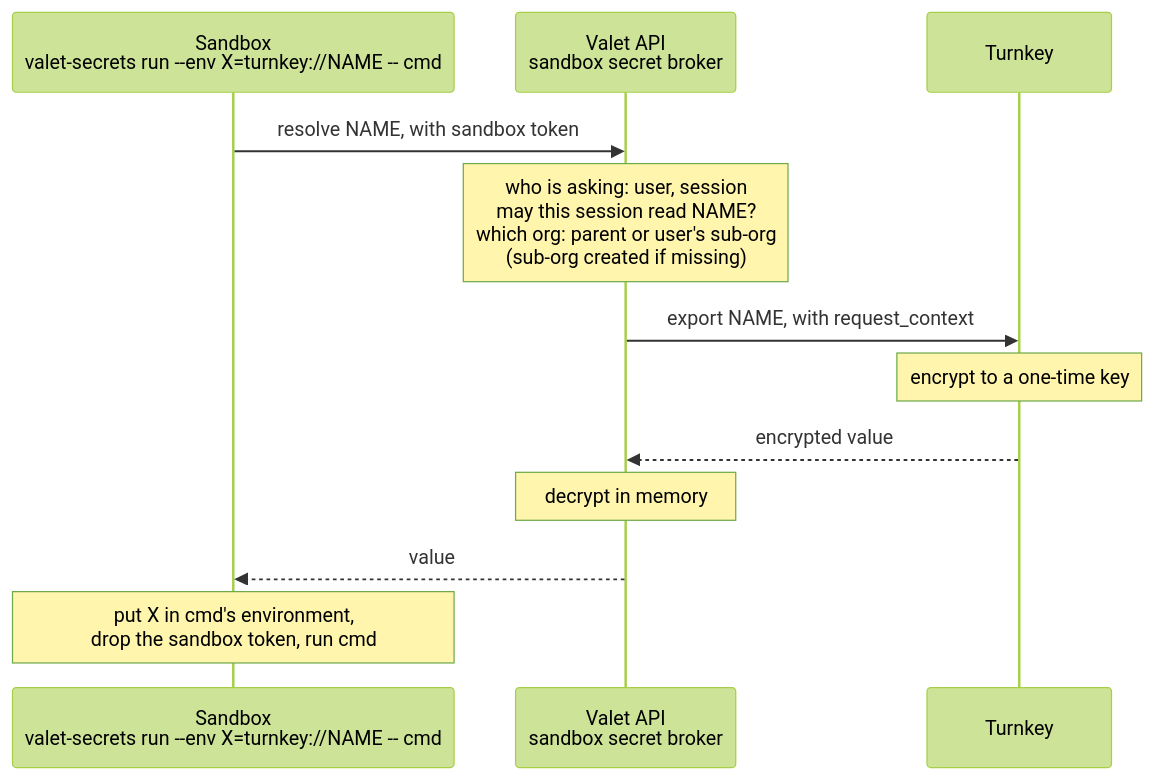
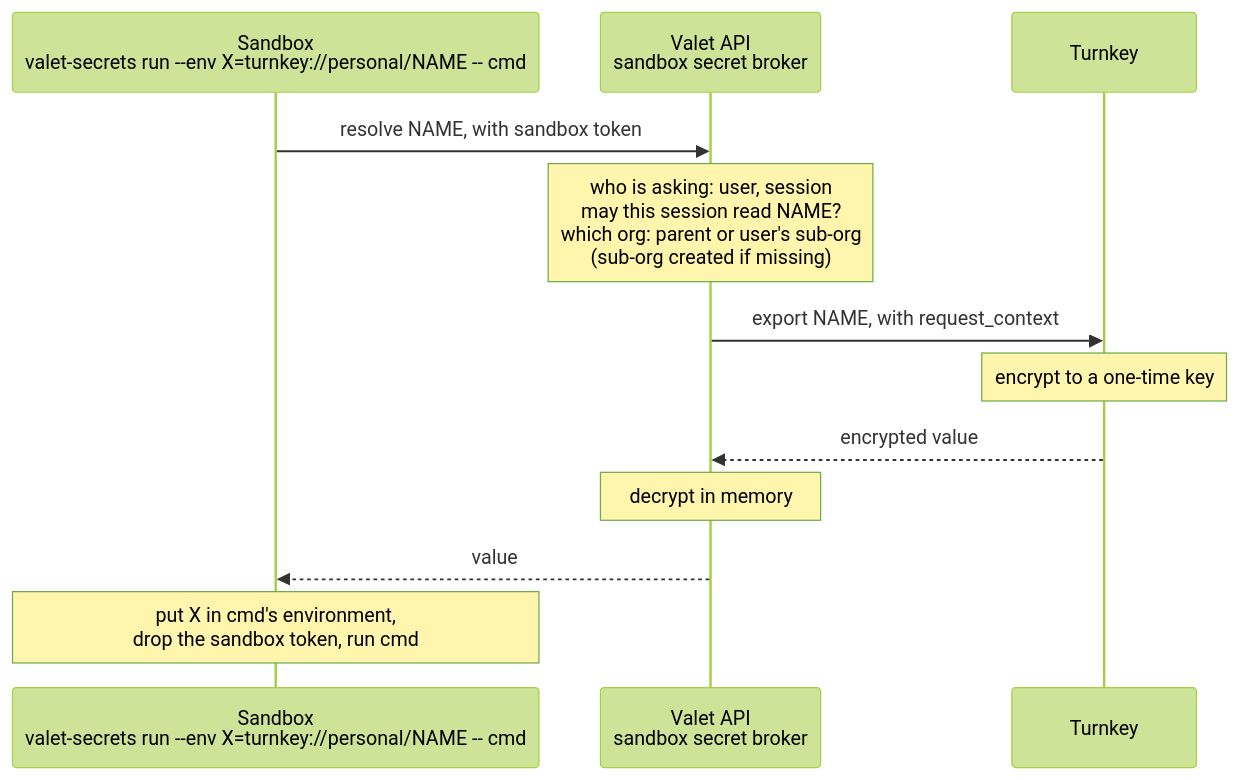
The first of 2 diagrams in docs/specs/2026-10-29-turnkey-secrets-design.md (tkhq/valet), drawn with Mermaid (forest theme) before and after one commit. The commit also changed other lines of this file, not shown here.

Commit message:
Describe how each Valet follow-up piece should work in one bullet.

````diff
--- a/docs/specs/2026-10-29-turnkey-secrets-design.md
+++ b/docs/specs/2026-10-29-turnkey-secrets-design.md
@@ -34,14 +34,14 @@
 ```mermaid
 sequenceDiagram
-    participant S as Sandbox<br/>valet-secrets run --env X=turnkey://NAME -- cmd
+    participant S as Sandbox<br/>valet-secrets run --env X=turnkey://personal/NAME -- cmd
     participant V as Valet API<br/>sandbox secret broker
     participant T as Turnkey
     S->>V: resolve NAME, with sandbox token
     Note over V: who is asking: user, session<br/>may this session read NAME?<br/>which org: parent or user's sub-org<br/>(sub-org created if missing)
     V->>T: export NAME, with request_context
     Note over T: encrypt to a one-time key
     T-->>V: encrypted value
     Note over V: decrypt in memory
     V-->>S: value
     Note over S: put X in cmd's environment,<br/>drop the sandbox token, run cmd
 ```
````
